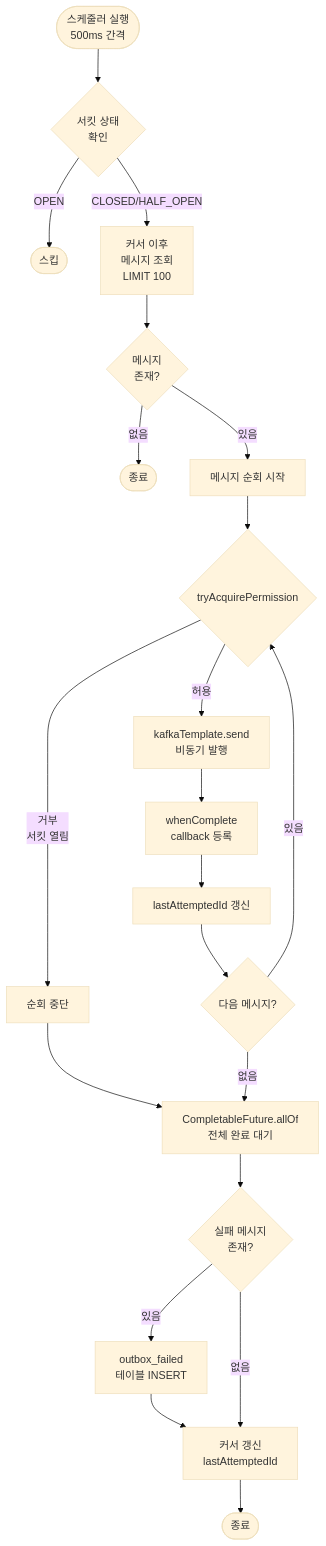
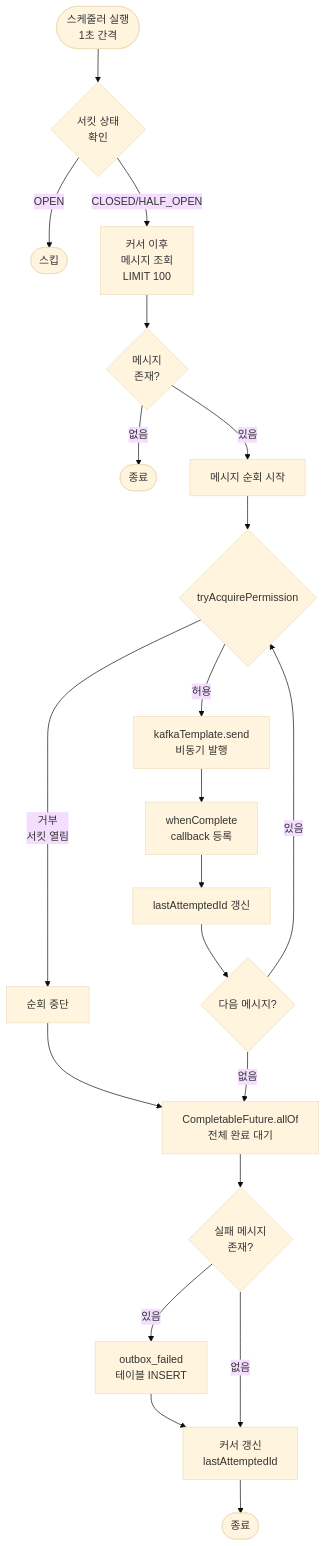
Before and after one commit to Loopers-dev-lab/loopers-spring-kotlin-template: the first of 6 diagrams in docs/week8/round8-detailed-design.md, drawn with Mermaid (base theme). The commit also changed other lines of this file and 2 other files, not shown here.

````diff
--- a/docs/week8/round8-detailed-design.md
+++ b/docs/week8/round8-detailed-design.md
@@ -183,35 +192,35 @@
 ```mermaid
 flowchart TD
-    Start([스케줄러 실행<br/>500ms 간격]) --> CheckCircuit{서킷 상태<br/>확인}
+    Start([스케줄러 실행<br/>1초 간격]) --> CheckCircuit{서킷 상태<br/>확인}
     
     CheckCircuit -->|OPEN| End1([스킵])
     
     CheckCircuit -->|CLOSED/HALF_OPEN| FetchMessages[커서 이후<br/>메시지 조회<br/>LIMIT 100]
     
     FetchMessages --> HasMessages{메시지<br/>존재?}
     HasMessages -->|없음| End2([종료])
     
     HasMessages -->|있음| LoopStart[메시지 순회 시작]
     
     LoopStart --> TryPermission{tryAcquirePermission}
     
     TryPermission -->|거부<br/>서킷 열림| BreakLoop[순회 중단]
     BreakLoop --> WaitFutures
     
     TryPermission -->|허용| SendAsync[kafkaTemplate.send<br/>비동기 발행]
     SendAsync --> RegisterCallback[whenComplete<br/>callback 등록]
     RegisterCallback --> UpdateLastId[lastAttemptedId 갱신]
     UpdateLastId --> NextMessage{다음 메시지?}
     
     NextMessage -->|있음| TryPermission
     NextMessage -->|없음| WaitFutures[CompletableFuture.allOf<br/>전체 완료 대기]
     
     WaitFutures --> HasFailed{실패 메시지<br/>존재?}
     
     HasFailed -->|있음| InsertFailed[outbox_failed<br/>테이블 INSERT]
     InsertFailed --> UpdateCursor
     
     HasFailed -->|없음| UpdateCursor[커서 갱신<br/>lastAttemptedId]
     
     UpdateCursor --> End3([종료])
 ```
````
